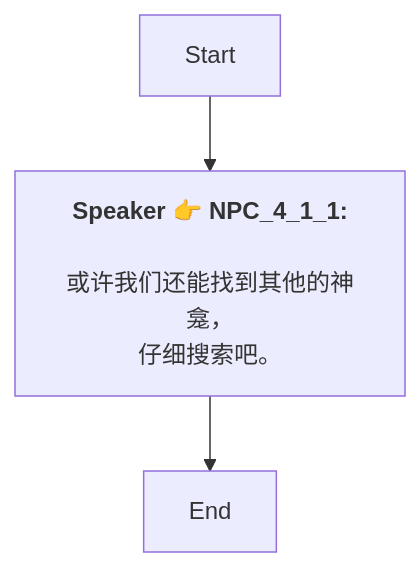
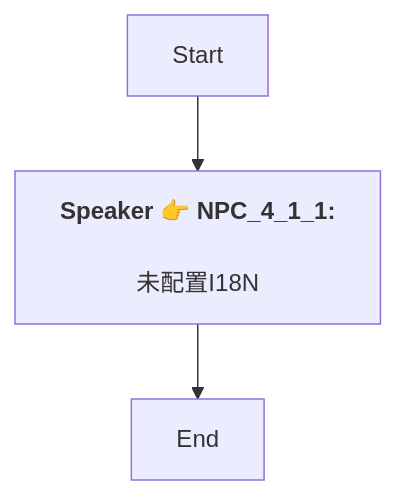
Before and after one commit to SoftHu/tos_avg: the diagram in Zh/QuestApproachDialogNode_1738527676189808.md, drawn with Mermaid. The commit also changed 780 other files, not shown here.

````diff
--- a/Zh/QuestApproachDialogNode_1738527676189808.md
+++ b/Zh/QuestApproachDialogNode_1738527676189808.md
@@ -1,8 +1,7 @@
 ```mermaid
 graph
 Start -->1738527893680243[<b>Speaker 👉 NPC_4_1_1:</b>
-\n或许我们还能找到其他的神龛，
-仔细搜索吧。]
+\n未配置I18N]
 1738527893680243 -->1738527895807092[End]
 
 ```
````
